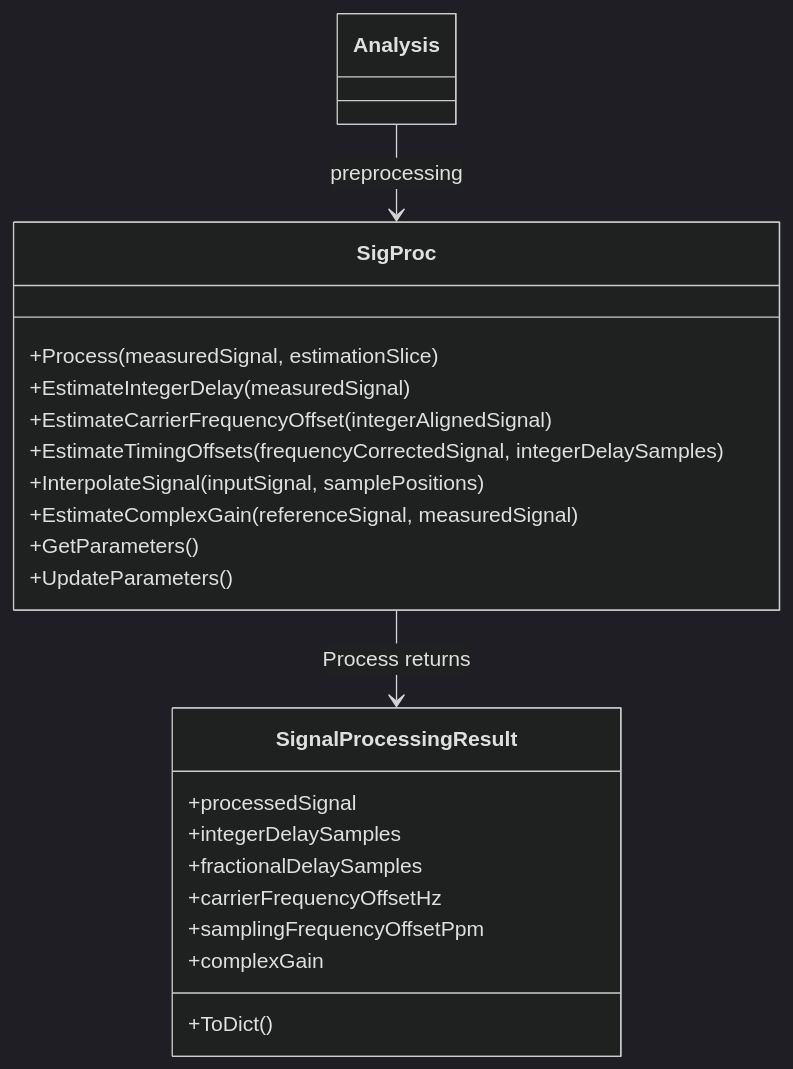
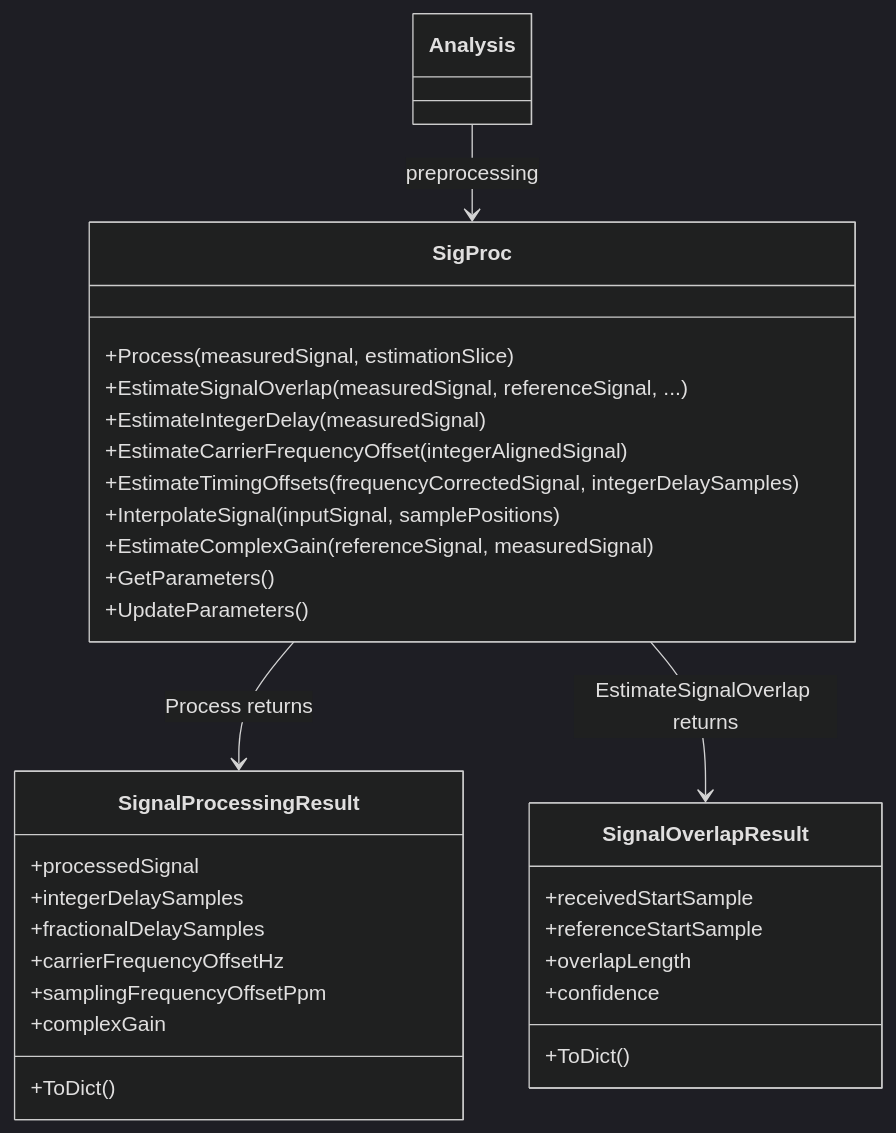
One commit to niyilu45/DPD_ILC changed the third of 4 diagrams in doc/SigProc.md. Above: the diagram before and after it, drawn with Mermaid (dark theme). The commit also changed other lines of this file and 9 other files, not shown here.

````diff
--- a/doc/SigProc.md
+++ b/doc/SigProc.md
@@ -264,24 +367,33 @@
 ```mermaid
 classDiagram
     class SigProc {
         +Process(measuredSignal, estimationSlice)
+        +EstimateSignalOverlap(measuredSignal, referenceSignal, ...)
         +EstimateIntegerDelay(measuredSignal)
         +EstimateCarrierFrequencyOffset(integerAlignedSignal)
         +EstimateTimingOffsets(frequencyCorrectedSignal, integerDelaySamples)
         +InterpolateSignal(inputSignal, samplePositions)
         +EstimateComplexGain(referenceSignal, measuredSignal)
         +GetParameters()
         +UpdateParameters()
     }
     class SignalProcessingResult {
         +processedSignal
         +integerDelaySamples
         +fractionalDelaySamples
         +carrierFrequencyOffsetHz
         +samplingFrequencyOffsetPpm
         +complexGain
         +ToDict()
     }
+    class SignalOverlapResult {
+        +receivedStartSample
+        +referenceStartSample
+        +overlapLength
+        +confidence
+        +ToDict()
+    }
     SigProc --> SignalProcessingResult : Process returns
+    SigProc --> SignalOverlapResult : EstimateSignalOverlap returns
     Analysis --> SigProc : preprocessing
 ```
````
